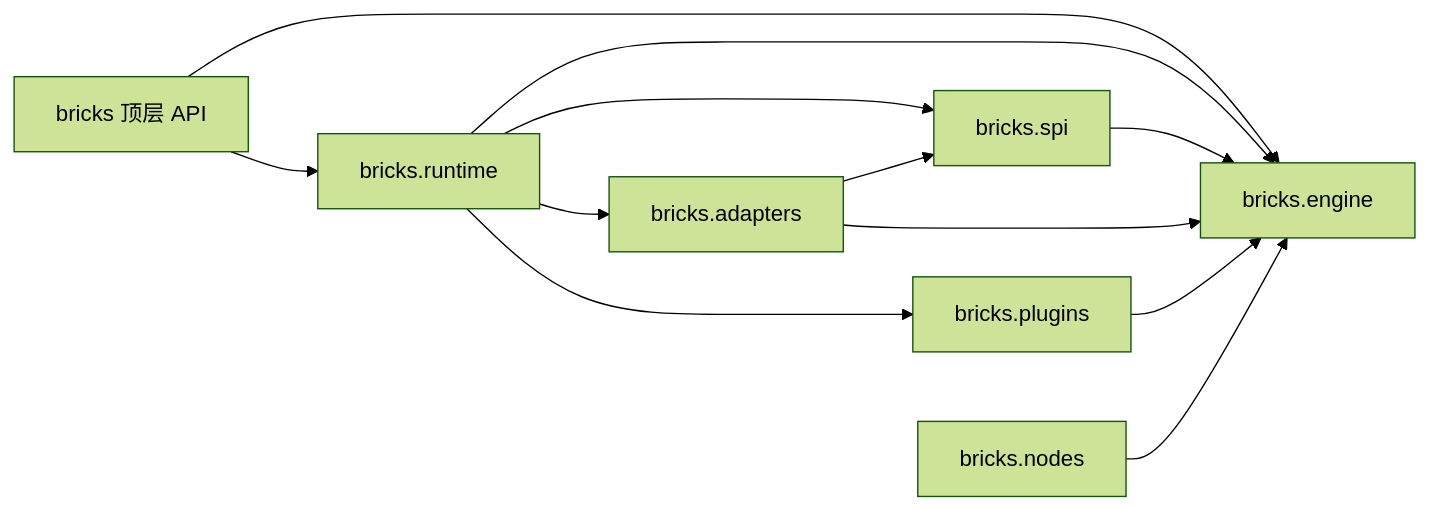
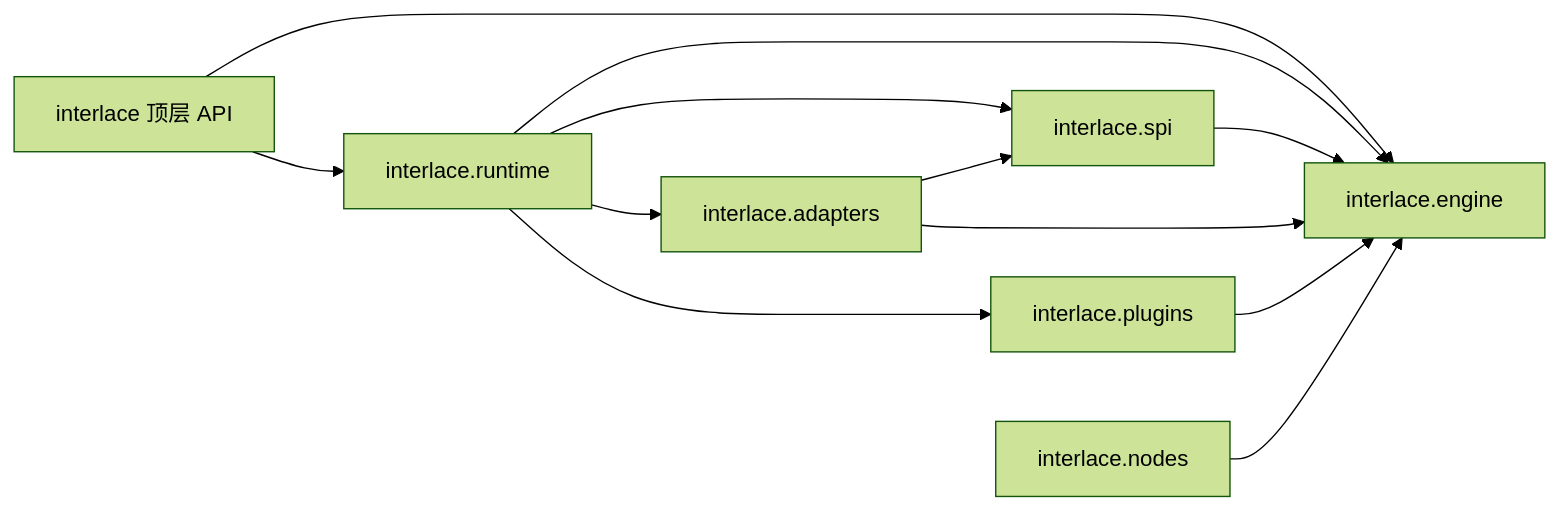
Before and after one commit to KKKKKKKEM/interlace: the first of 5 diagrams in docs/06-runtime-architecture.md, drawn with Mermaid (forest theme). The commit also changed other lines of this file and 45 other files, not shown here.

````diff
--- a/docs/06-runtime-architecture.md
+++ b/docs/06-runtime-architecture.md
@@ -60,14 +60,14 @@
 ```mermaid
 flowchart LR
-    Public[bricks 顶层 API] --> Engine[bricks.engine]
-    Public --> Runtime[bricks.runtime]
+    Public[interlace 顶层 API] --> Engine[interlace.engine]
+    Public --> Runtime[interlace.runtime]
     Runtime --> Engine
-    Runtime --> SPI[bricks.spi]
-    Runtime --> Plugins[bricks.plugins]
-    Runtime --> Adapters[bricks.adapters]
+    Runtime --> SPI[interlace.spi]
+    Runtime --> Plugins[interlace.plugins]
+    Runtime --> Adapters[interlace.adapters]
     SPI --> Engine
     Adapters --> SPI
     Adapters --> Engine
     Plugins --> Engine
-    Nodes[bricks.nodes] --> Engine
+    Nodes[interlace.nodes] --> Engine
 ```
````
